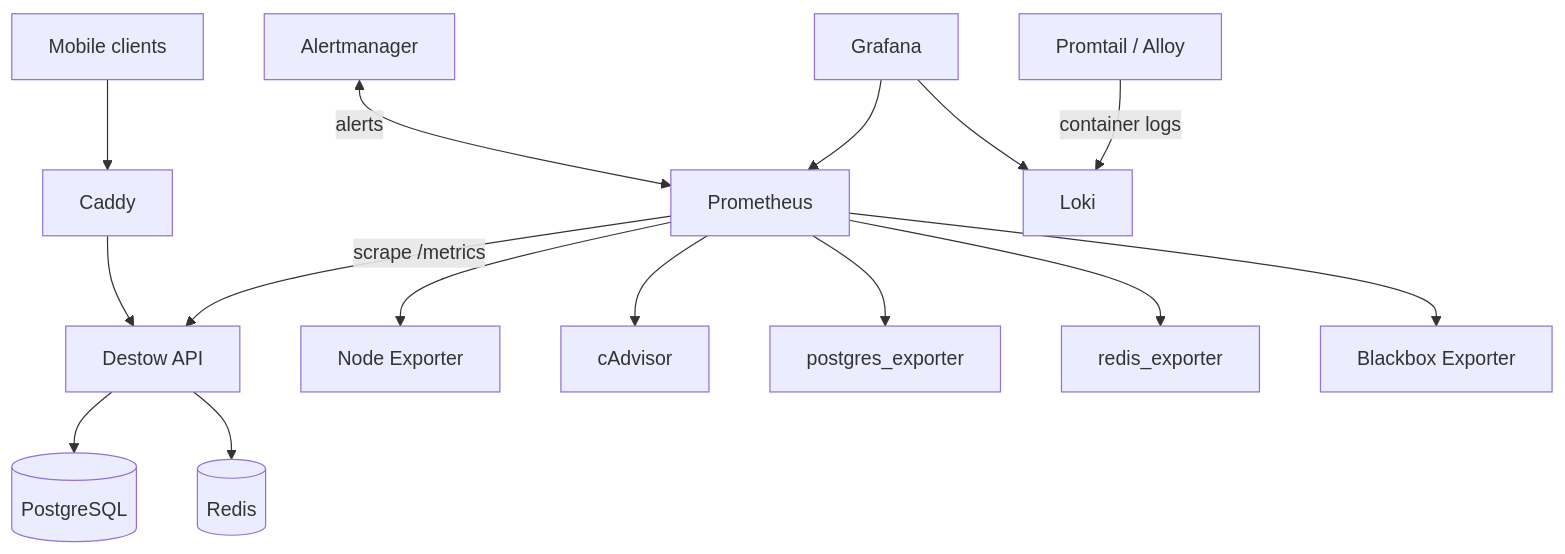
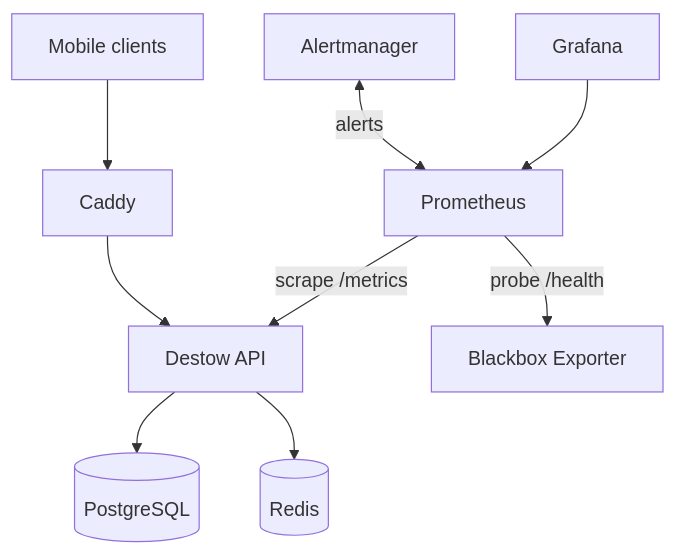
One commit to destowofficial/destow-app changed the diagram in observability.md. Above: the diagram before and after it, drawn with Mermaid. The commit also changed other lines of this file and 10 other files, not shown here.

````diff
--- a/observability.md
+++ b/observability.md
@@ -143,19 +106,12 @@
 ```mermaid
 graph TD
   U[Mobile clients] --> C[Caddy]
   C --> A[Destow API]
   A --> P[(PostgreSQL)]
   A --> R[(Redis)]
 
   PR[Prometheus] -->|scrape /metrics| A
-  PR --> NE[Node Exporter]
-  PR --> CA[cAdvisor]
-  PR --> PE[postgres_exporter]
-  PR --> RE[redis_exporter]
-  PR --> BB[Blackbox Exporter]
-
+  PR -->|probe /health| BB[Blackbox Exporter]
   AL[Alertmanager] <-- alerts --> PR
   G[Grafana] --> PR
-  G --> L[Loki]
-  PM[Promtail / Alloy] -->|container logs| L
 ```
````
